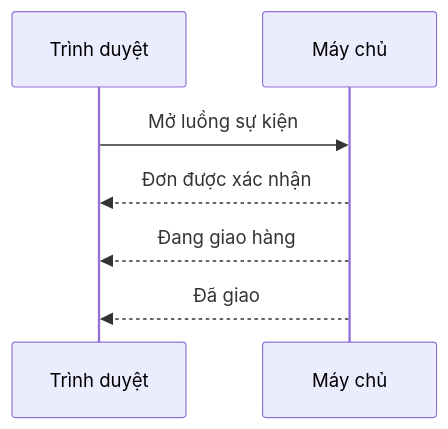
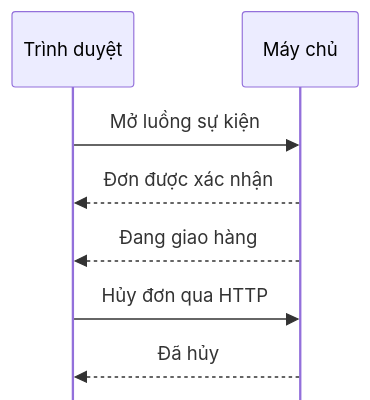
One commit to vohoailinh90/Agentic-coding-course changed the third of 4 diagrams in brainstorm/system-design-101-vi/visual-prototype.md. Above: the diagram before and after it, drawn with Mermaid. The commit also changed other lines of this file and 4 other files, not shown here.

````diff
--- a/brainstorm/system-design-101-vi/visual-prototype.md
+++ b/brainstorm/system-design-101-vi/visual-prototype.md
@@ -39,9 +41,11 @@
 ```mermaid
+%%{init: {"sequence": {"width": 100, "actorMargin": 30, "messageMargin": 24, "mirrorActors": false}}}%%
 sequenceDiagram
     participant C as Trình duyệt
     participant S as Máy chủ
     C->>S: Mở luồng sự kiện
     S-->>C: Đơn được xác nhận
     S-->>C: Đang giao hàng
-    S-->>C: Đã giao
+    C->>S: Hủy đơn qua HTTP
+    S-->>C: Đã hủy
 ```
````
